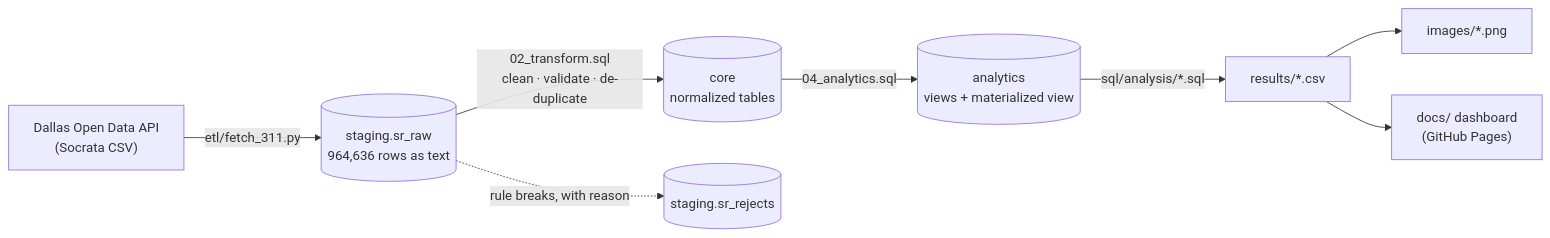
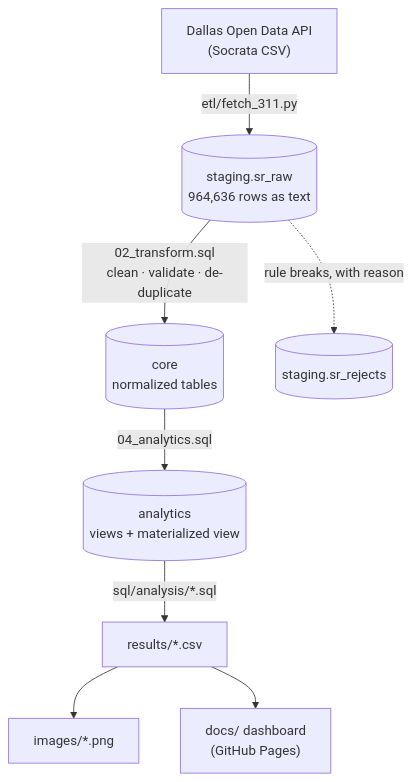
The first of 2 diagrams in README.md (ratemyguy/dallas-311-service-analytics), drawn with Mermaid before and after one commit.

Commit message:
README: top-down pipeline diagram for readability

````diff
--- a/README.md
+++ b/README.md
@@ -38,10 +38,10 @@
 ```mermaid
-flowchart LR
+flowchart TB
     A["Dallas Open Data API<br/>(Socrata CSV)"] -->|etl/fetch_311.py| B[("staging.sr_raw<br/>964,636 rows as text")]
     B -->|"02_transform.sql<br/>clean · validate · de-duplicate"| C[("core<br/>normalized tables")]
     B -.->|rule breaks, with reason| R[("staging.sr_rejects")]
     C -->|04_analytics.sql| D[("analytics<br/>views + materialized view")]
     D -->|sql/analysis/*.sql| E["results/*.csv"]
     E --> F["images/*.png"]
     E --> G["docs/ dashboard<br/>(GitHub Pages)"]
 ```
````
